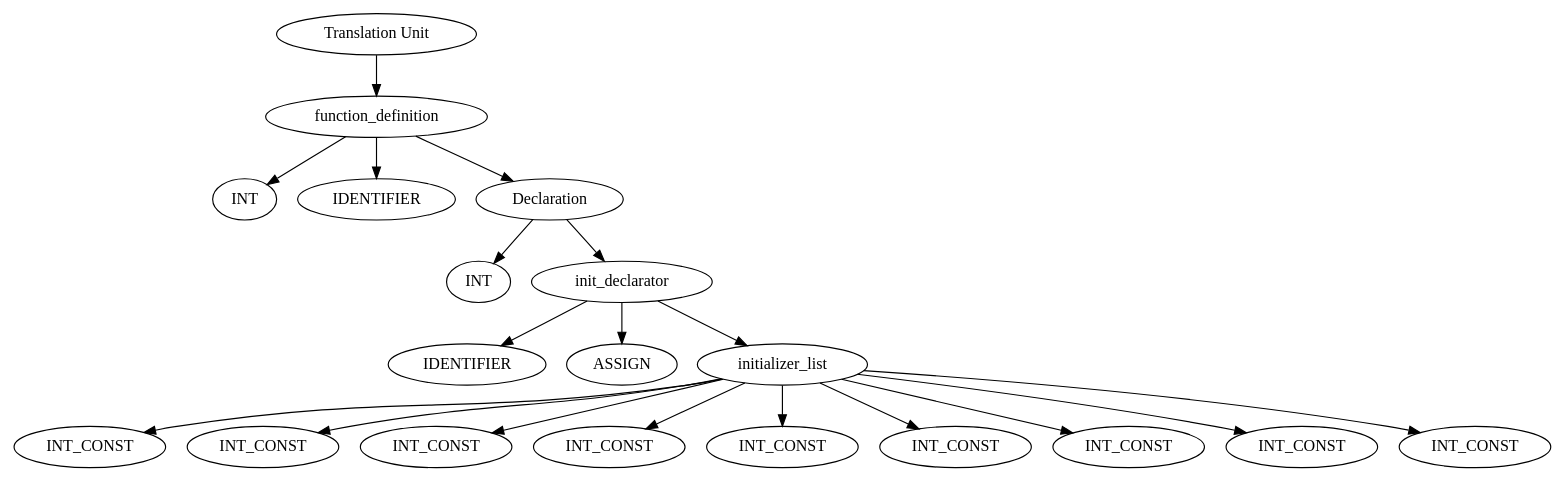
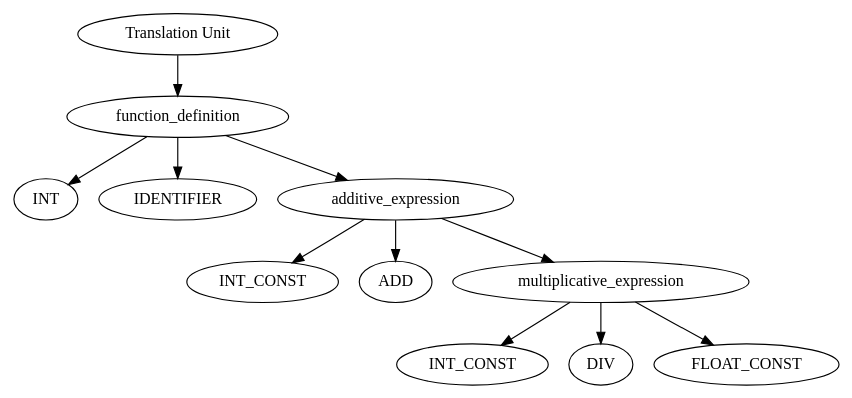
One commit to matthewbeck1998/bgp changed the diagram in bgp/output/treeOut.dot. Above: the diagram before and after it, drawn with Graphviz. The commit also changed 3 other files, not shown here.

```diff
--- a/bgp/output/treeOut.dot
+++ b/bgp/output/treeOut.dot
@@ -1,39 +1,23 @@
 digraph G {
 0[label = "Translation Unit"];
-0 -> 18
-18[label = "function_definition"];
-18 -> 1
+0 -> 10
+10[label = "function_definition"];
+10 -> 1
 1[label = "INT"];
-18 -> 2
+10 -> 2
 2[label = "IDENTIFIER"];
-18 -> 17
-17[label = "Declaration"];
-17 -> 3
-3[label = "INT"];
-17 -> 15
-15[label = "init_declarator"];
-15 -> 4
-4[label = "IDENTIFIER"];
-15 -> 16
-16[label = "ASSIGN"];
-15 -> 6
-6[label = "initializer_list"];
+10 -> 8
+8[label = "additive_expression"];
+8 -> 3
+3[label = "INT_CONST"];
+8 -> 9
+9[label = "ADD"];
+8 -> 6
+6[label = "multiplicative_expression"];
+6 -> 4
+4[label = "INT_CONST"];
+6 -> 7
+7[label = "DIV"];
 6 -> 5
-5[label = "INT_CONST"];
-6 -> 7
-7[label = "INT_CONST"];
-6 -> 8
-8[label = "INT_CONST"];
-6 -> 9
-9[label = "INT_CONST"];
-6 -> 10
-10[label = "INT_CONST"];
-6 -> 11
-11[label = "INT_CONST"];
-6 -> 12
-12[label = "INT_CONST"];
-6 -> 13
-13[label = "INT_CONST"];
-6 -> 14
-14[label = "INT_CONST"];
+5[label = "FLOAT_CONST"];
 }
```
